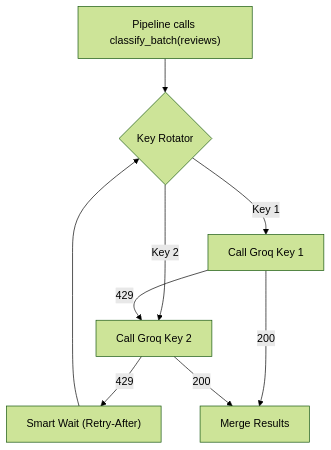
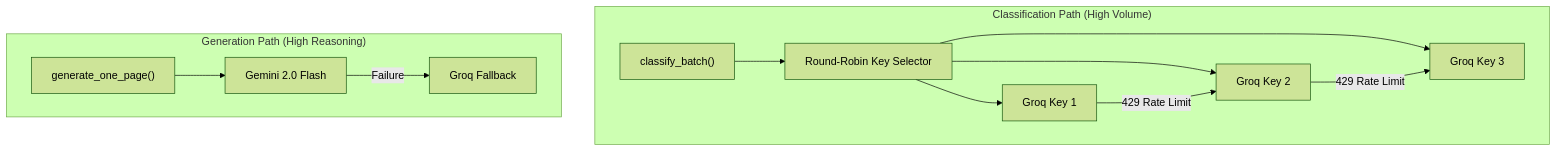
One commit to swayam-kr/M2_MCP_AI_Automation changed the fifth of 11 diagrams in architecture.md. Above: the diagram before and after it, drawn with Mermaid (forest theme). The commit also changed other lines of this file and 1 other file, not shown here.

Commit message:
Docs: rewrite architecture.md as portfolio playbook + create API_DOCS.md with endpoint specs, MCP protocol, and LLM internals

````diff
--- a/architecture.md
+++ b/architecture.md
@@ -524,11 +327,16 @@
 ```mermaid
 graph TD
-    CALL["Pipeline calls classify_batch(reviews)"] --> ROTATE{"Key Rotator"}
-    ROTATE -->|Key 1| G1["Call Groq Key 1"]
-    ROTATE -->|Key 2| G2["Call Groq Key 2"]
-    G1 -->|429| G2
-    G2 -->|429| WAIT["Smart Wait (Retry-After)"]
-    G1 -->|200| MERGE["Merge Results"]
-    G2 -->|200| MERGE
-    WAIT --> ROTATE
+    subgraph CLASSIFICATION["Classification Path (High Volume)"]
+        BATCH["classify_batch()"] --> RR["Round-Robin Key Selector"]
+        RR --> K1["Groq Key 1"]
+        RR --> K2["Groq Key 2"]
+        RR --> K3["Groq Key 3"]
+        K1 -->|"429 Rate Limit"| K2
+        K2 -->|"429 Rate Limit"| K3
+    end
+
+    subgraph GENERATION["Generation Path (High Reasoning)"]
+        GEN["generate_one_page()"] --> GEM["Gemini 2.0 Flash"]
+        GEM -->|"Failure"| GROQ_FB["Groq Fallback"]
+    end
 ```
````
